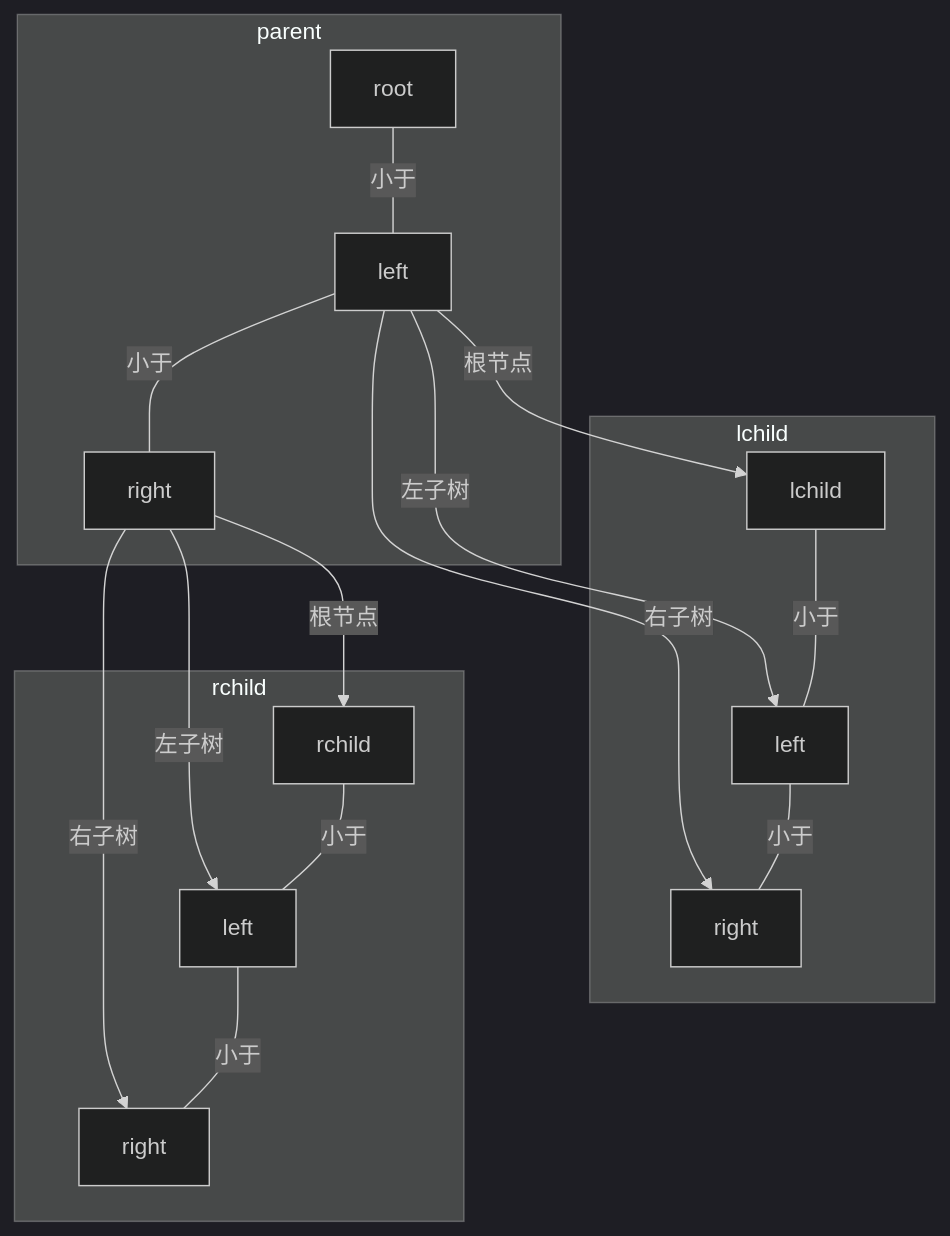
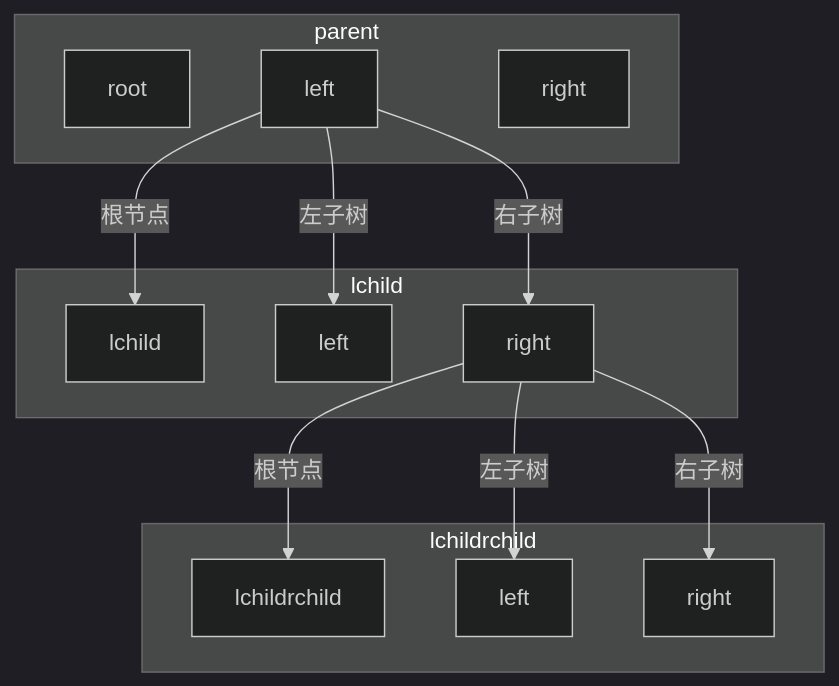
One commit to gittauros/kaleido-palutena changed the diagram in algorithm/leetcode1008solve.md. Above: the diagram before and after it, drawn with Mermaid (dark theme).

````diff
--- a/algorithm/leetcode1008solve.md
+++ b/algorithm/leetcode1008solve.md
@@ -60,36 +60,26 @@
 ```mermaid
 graph TB
-
     subgraph parent
         root[root]
         left[left]
         right[right]
     end
     subgraph lchild
         lchdRoot[lchild]
         lchdLeft[left]
         lchdRight[right]
     end
-    subgraph rchild
-        rchdRoot[rchild]
-        rchdLeft[left]
-        rchdRight[right]
+    subgraph lchildrchild
+        lchdrchdRoot[lchildrchild]
+        lchdrchdLeft[left]
+        lchdrchdRight[right]
     end
-
-    root ---|小于| left
-    left ---|小于| right
 
     left -->|根节点| lchdRoot
     left -->|左子树| lchdLeft
     left -->|右子树| lchdRight
 
-    lchdRoot ---|小于| lchdLeft
-    lchdLeft ---|小于| lchdRight
-
-    right -->|根节点| rchdRoot
-    right -->|左子树| rchdLeft
-    right -->|右子树| rchdRight
-
-    rchdRoot ---|小于| rchdLeft
-    rchdLeft ---|小于| rchdRight
+    lchdRight -->|根节点| lchdrchdRoot
+    lchdRight -->|左子树| lchdrchdLeft
+    lchdRight -->|右子树| lchdrchdRight
 ```
````
